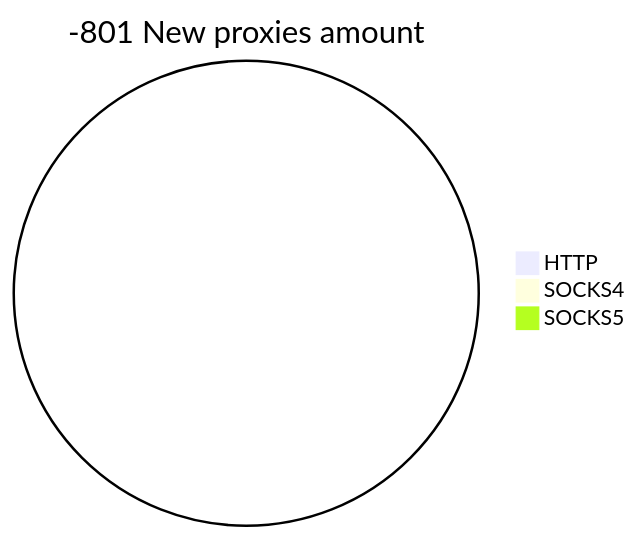
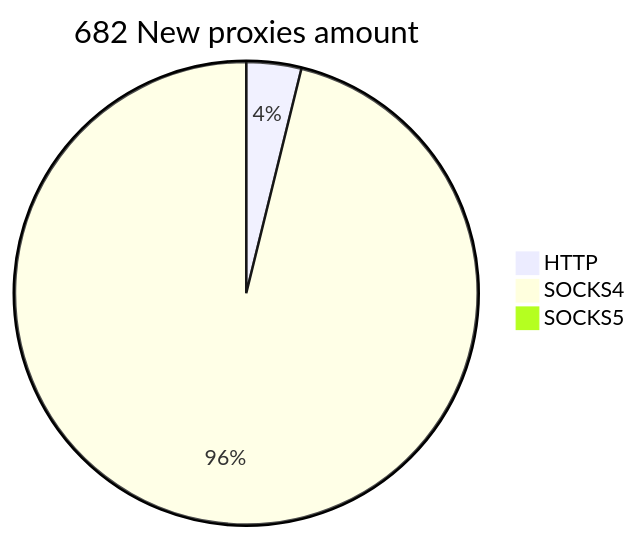
The second of 2 diagrams in README.md (cutipu/proxylist), drawn with Mermaid before and after one commit. The commit also changed other lines of this file, not shown here.

````diff
--- a/README.md
+++ b/README.md
@@ -10,6 +10,6 @@
 ```mermaid
-pie title -801 New proxies amount
-    "HTTP" : 0
-    "SOCKS4" : 0
+pie title 682 New proxies amount
+    "HTTP" : 27
+    "SOCKS4" : 677
     "SOCKS5" : 0
 ```
````
